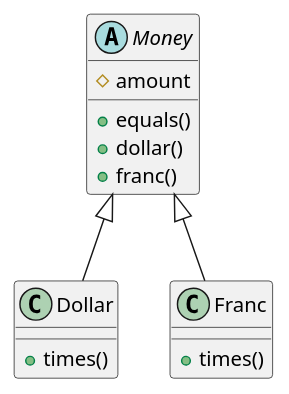
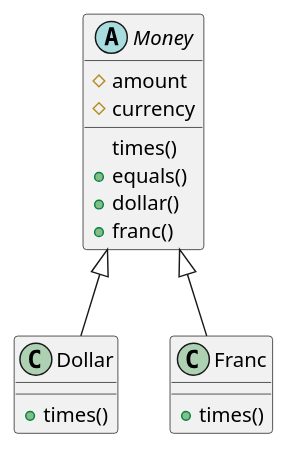
Before and after one commit to k2works/etude_for_java: the diagram in docs/_tdd.md, drawn with PlantUML. The commit also changed other lines of this file and 6 other files, not shown here.

````diff
--- a/docs/_tdd.md
+++ b/docs/_tdd.md
@@ -41,17 +41,19 @@
 ```puml
 class Dollar {
   + times()
 }
-class Franc {
-  + times()  
+class Franc {    
+  + times()
 }
 abstract Money {
-  # amount  
+  # amount
+  # currency
+  times()
   + equals()
   + dollar()
   + franc()
 
 }
 Money <|-- Dollar
 Money <|-- Franc
 ```
````
